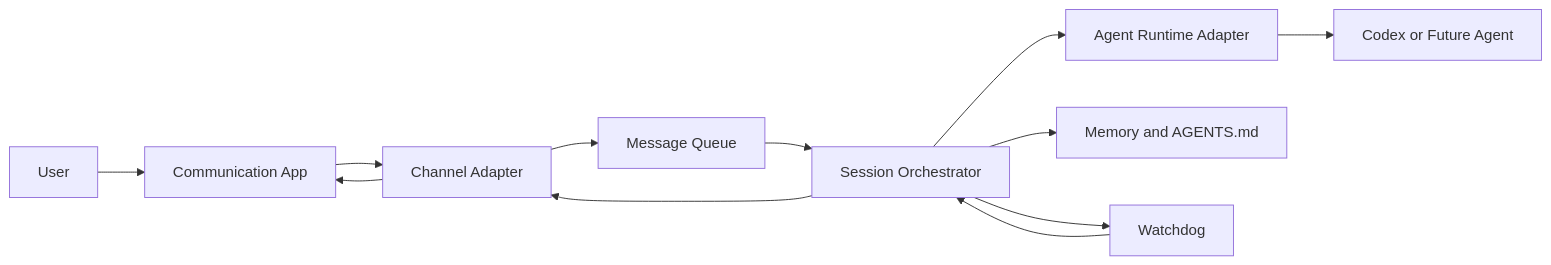
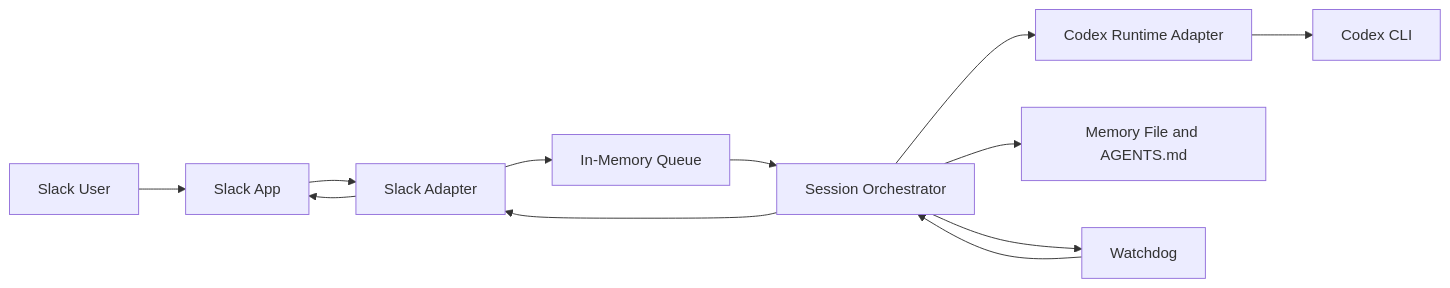
Before and after one commit to kwang2049/coderclaw: the diagram in README.md, drawn with Mermaid. The commit also changed other lines of this file and 27 other files, not shown here.

Commit message:
Bootstrap Slack-based CoderClaw with shared agent home

````diff
--- a/README.md
+++ b/README.md
@@ -40,14 +31,14 @@
 ```mermaid
 flowchart LR
-    U[User] --> C[Communication App]
-    C --> A[Channel Adapter]
-    A --> Q[Message Queue]
+    U[Slack User] --> S[Slack App]
+    S --> A[Slack Adapter]
+    A --> Q[In-Memory Queue]
     Q --> O[Session Orchestrator]
-    O --> R[Agent Runtime Adapter]
-    R --> X[Codex or Future Agent]
-    O --> M[Memory and AGENTS.md]
+    O --> R[Codex Runtime Adapter]
+    R --> X[Codex CLI]
+    O --> M[Memory File and AGENTS.md]
     O --> W[Watchdog]
     W --> O
     O --> A
-    A --> C
+    A --> S
 ```
````
